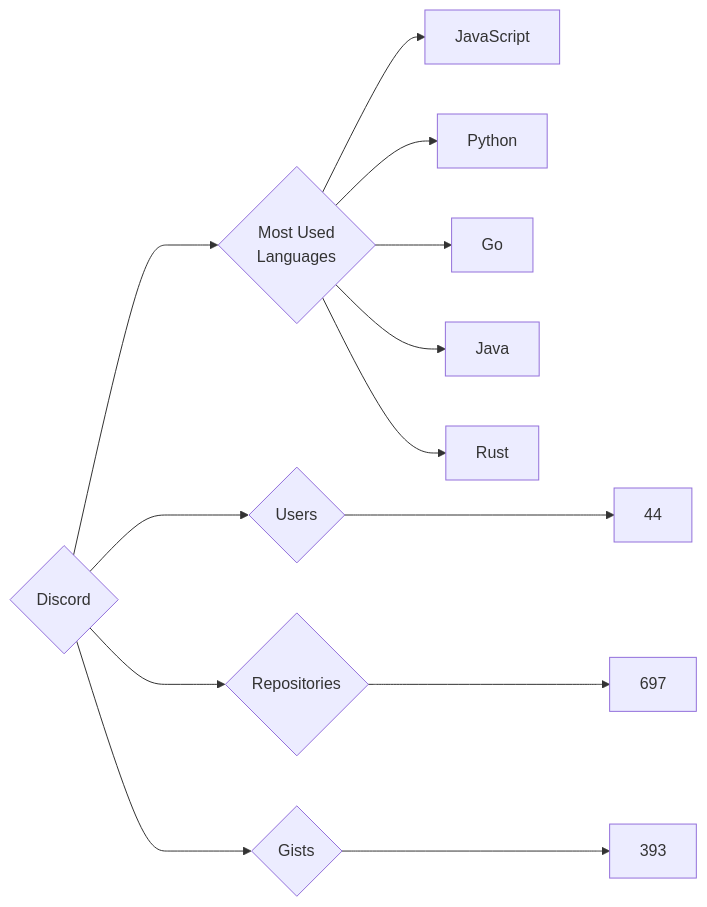
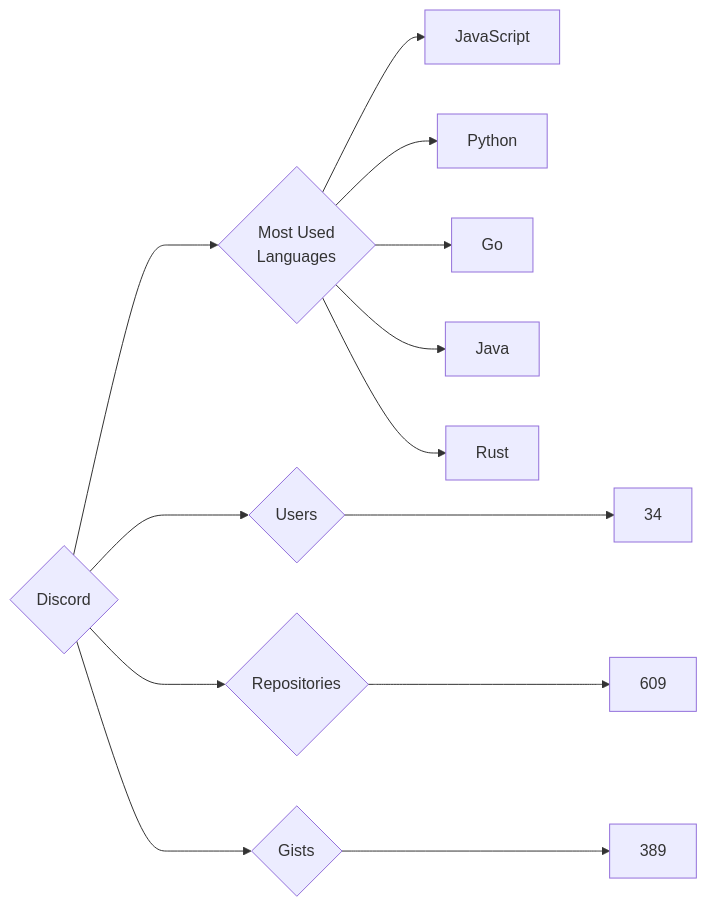
One commit to trickest/insiders changed the diagram in targets/Discord/README.md. Above: the diagram before and after it, drawn with Mermaid. The commit also changed 847 other files, not shown here.

````diff
--- a/targets/Discord/README.md
+++ b/targets/Discord/README.md
@@ -3,13 +3,13 @@
 ```mermaid
 graph LR
 COMPANY_NAME{Discord}
-COMPANY_NAME ---> U{Users} ---> UN[44]
-COMPANY_NAME ---> R{Repositories} ---> RN[697]
-COMPANY_NAME ---> G{Gists} ---> GN[393]
+COMPANY_NAME ---> U{Users} ---> UN[34]
+COMPANY_NAME ---> R{Repositories} ---> RN[609]
+COMPANY_NAME ---> G{Gists} ---> GN[389]
 COMPANY_NAME ---> ML{Most Used<br>Languages}
 ML --> JavaScript[JavaScript]
 ML --> Python[Python]
 ML --> Go[Go]
 ML --> Java[Java]
 ML --> Rust[Rust]
 ```
````
